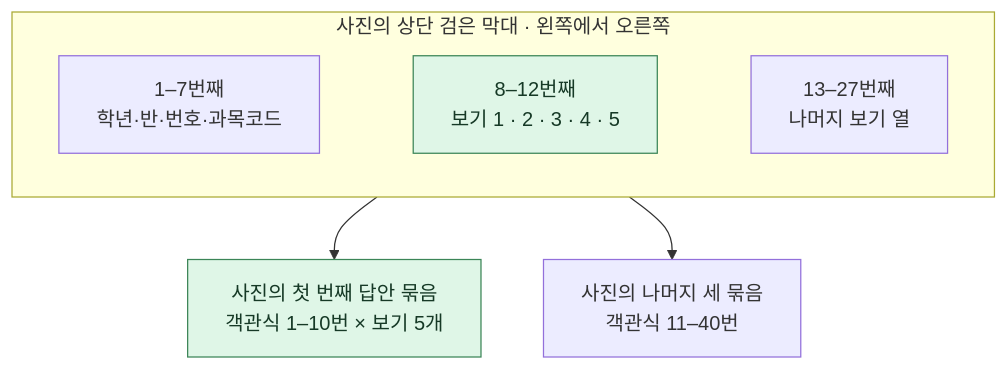
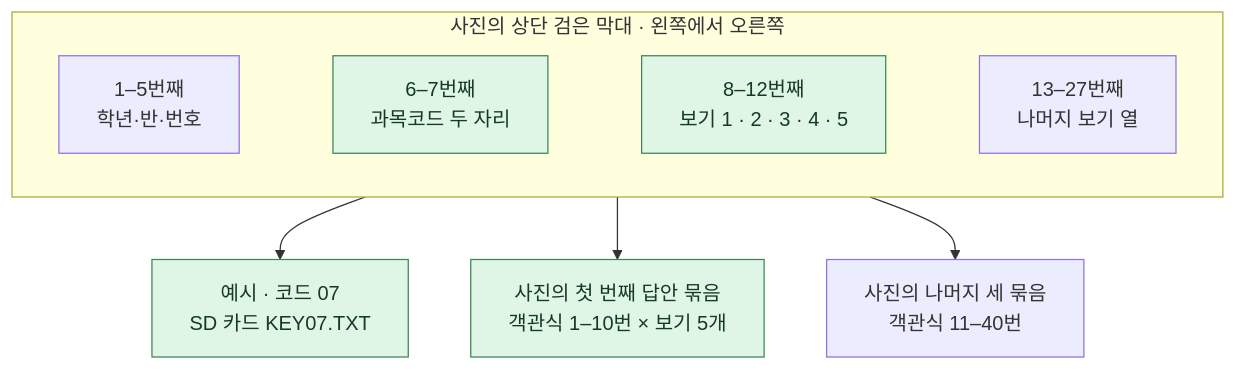
One commit to yumyum1215/26SoC_Term_Project_OMR_Reader changed the diagram in docs/omr-card.md. Above: the diagram before and after it, drawn with Mermaid. The commit also changed other lines of this file and 8 other files, not shown here.

````diff
--- a/docs/omr-card.md
+++ b/docs/omr-card.md
@@ -9,14 +9,16 @@
 ```mermaid
 flowchart TB
     subgraph TOP["사진의 상단 검은 막대 · 왼쪽에서 오른쪽"]
         direction LR
-        A["1–7번째<br/>학년·반·번호·과목코드"]
+        A["1–5번째<br/>학년·반·번호"]
+        S["6–7번째<br/>과목코드 두 자리"]
         B["8–12번째<br/>보기 1 · 2 · 3 · 4 · 5"]
         C["13–27번째<br/>나머지 보기 열"]
-        A ~~~ B ~~~ C
+        A ~~~ S ~~~ B ~~~ C
     end
+    S --> K["예시 · 코드 07<br/>SD 카드 KEY07.TXT"]
     B --> D["사진의 첫 번째 답안 묶음<br/>객관식 1–10번 × 보기 5개"]
     C --> E["사진의 나머지 세 묶음<br/>객관식 11–40번"]
     classDef counted fill:#dff6e7,stroke:#3b8557,color:#163926
-    class B,D counted
+    class S,K,B,D counted
 ```
````
